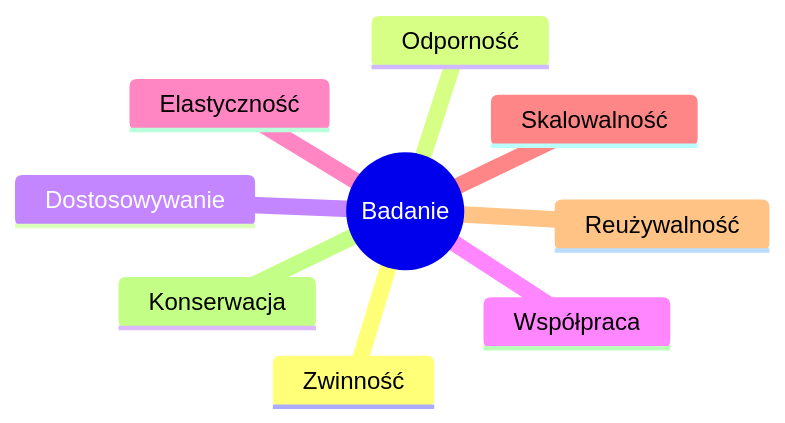
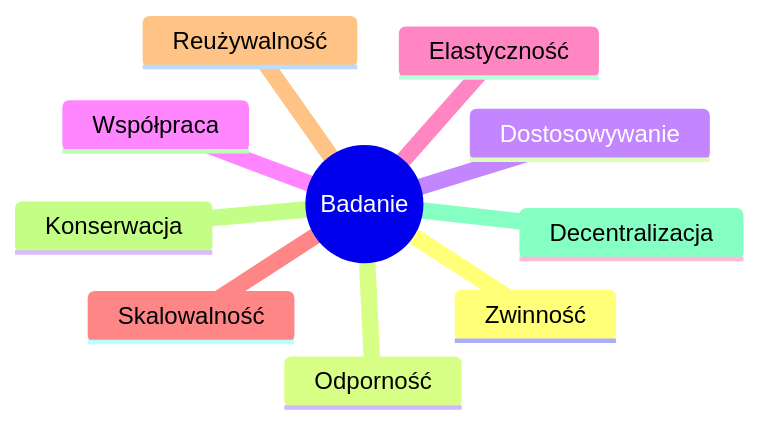
One commit to hipermodularyzacja/prezentacja changed the eighth of 15 diagrams in README.md. Above: the diagram before and after it, drawn with Mermaid. The commit also changed other lines of this file, not shown here.

````diff
--- a/README.md
+++ b/README.md
@@ -568,12 +556,13 @@
 ```mermaid
 mindmap
   root((Badanie))
     Zwinność
     Odporność
     Dostosowywanie
     Współpraca
     Elastyczność    
     Skalowalność
-    Reużywalność
+    Reużywalność    
     Konserwacja
+    Decentralizacja    
 ```
````
